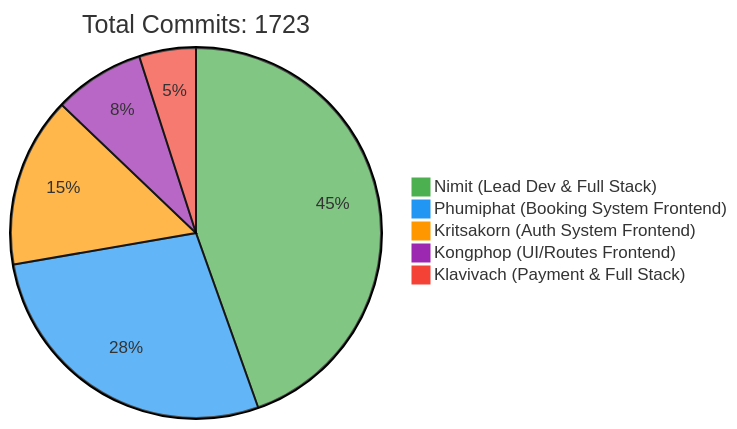
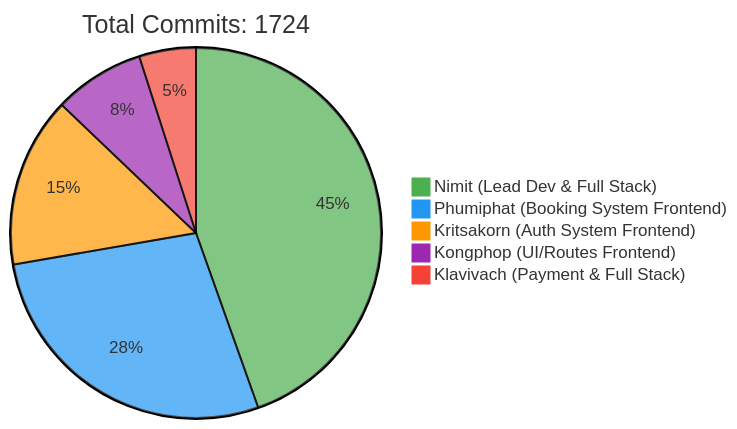
One commit to 6531503042/Sport-Complex changed the first of 2 diagrams in README.md. Above: the diagram before and after it, drawn with Mermaid. The commit also changed other lines of this file, not shown here.

Commit message:
docs: Update contributor statistics [skip ci]

````diff
--- a/README.md
+++ b/README.md
@@ -257,10 +257,10 @@
 ```mermaid
 %%{init: {'theme': 'base', 'themeVariables': { 'pie1': '#4CAF50', 'pie2': '#2196F3', 'pie3': '#FF9800', 'pie4': '#9C27B0', 'pie5': '#F44336'}}}%%
 pie
-    title Total Commits: 1723
+    title Total Commits: 1724
     "Nimit (Lead Dev & Full Stack)" : 450
     "Phumiphat (Booking System Frontend)" : 280
     "Kritsakorn (Auth System Frontend)" : 150
     "Kongphop (UI/Routes Frontend)" : 80
     "Klavivach (Payment & Full Stack)" : 50
 ```
````
